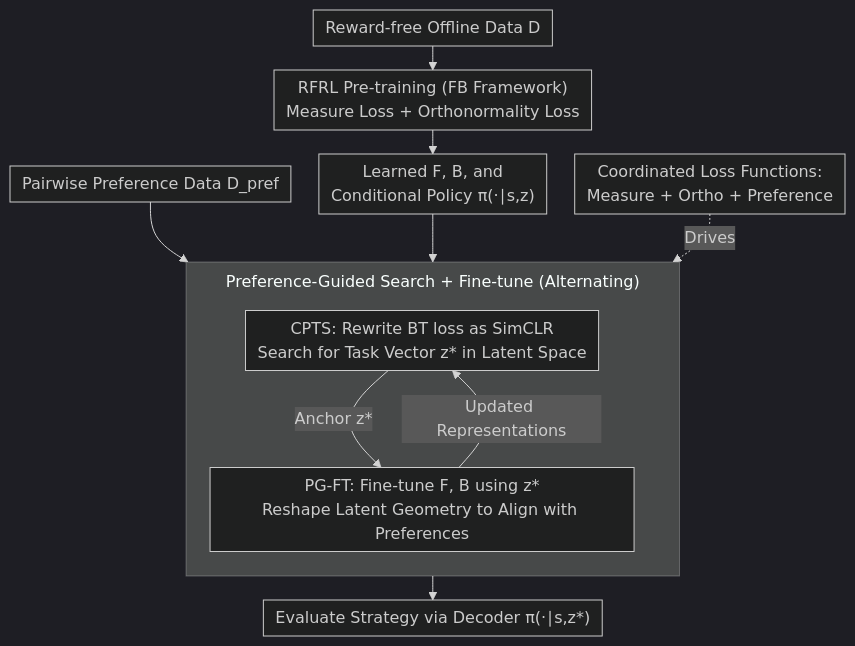
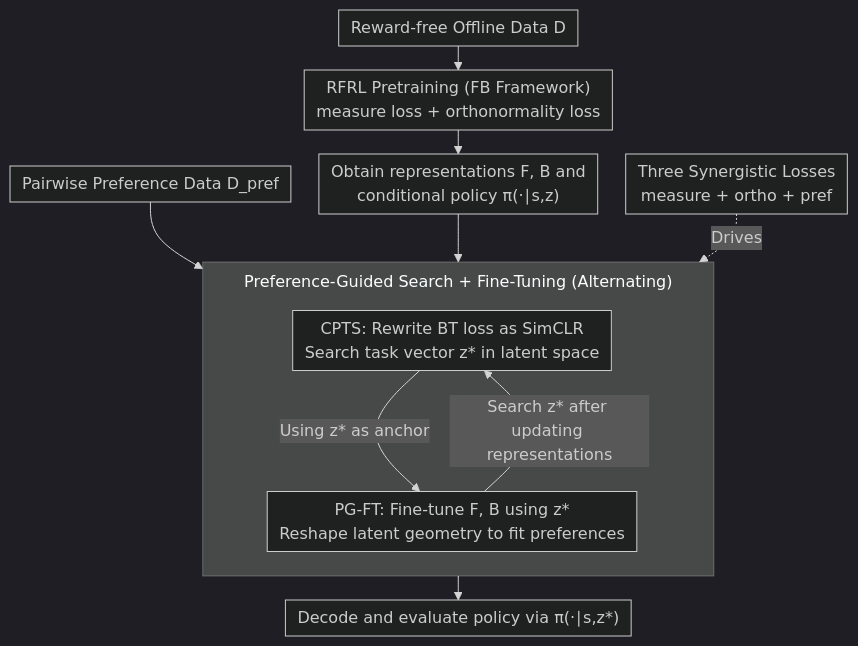
Before and after one commit to zhaoyang97/Paper-Notes-en: the diagram in docs/ICML2026/reinforcement_learning/from_reward-free_representations_to_preferences_rethinking_offline_preference-ba.md, drawn with Mermaid (dark theme). The commit also changed other lines of this file and 5084 other files, not shown here.

````diff
--- a/docs/ICML2026/reinforcement_learning/from_reward-free_representations_to_preferences_rethinking_offline_preference-ba.md
+++ b/docs/ICML2026/reinforcement_learning/from_reward-free_representations_to_preferences_rethinking_offline_preference-ba.md
@@ -48,16 +48,16 @@
 ```mermaid
 %%{init: {'flowchart': {'rankSpacing': 24, 'nodeSpacing': 28, 'padding': 6, 'wrappingWidth': 400, 'subGraphTitleMargin': {'top': 8, 'bottom': 16}}}}%%
 flowchart TD
-    D["Reward-free Offline Data D"] --> P["RFRL Pre-training (FB Framework)<br/>Measure Loss + Orthonormality Loss"]
-    P --> FB["Learned F, B, and<br/>Conditional Policy π(·∣s,z)"]
+    D["Reward-free Offline Data D"] --> P["RFRL Pretraining (FB Framework)<br/>measure loss + orthonormality loss"]
+    P --> FB["Obtain representations F, B and<br/>conditional policy π(·∣s,z)"]
     PREF["Pairwise Preference Data D_pref"] --> S2
     FB --> S2
-    subgraph S2["Preference-Guided Search + Fine-tune (Alternating)"]
+    subgraph S2["Preference-Guided Search + Fine-Tuning (Alternating)"]
         direction TB
-        C["CPTS: Rewrite BT loss as SimCLR<br/>Search for Task Vector z* in Latent Space"]
-        C -->|"Anchor z*"| FT["PG-FT: Fine-tune F, B using z*<br/>Reshape Latent Geometry to Align with Preferences"]
-        FT -->|"Updated Representations"| C
+        C["CPTS: Rewrite BT loss as SimCLR<br/>Search task vector z* in latent space"]
+        C -->|"Using z* as anchor"| FT["PG-FT: Fine-tune F, B using z*<br/>Reshape latent geometry to fit preferences"]
+        FT -->|"Search z* after updating representations"| C
     end
-    OBJ["Coordinated Loss Functions:<br/>Measure + Ortho + Preference"] -.Drives.-> S2
-    S2 --> OUT["Evaluate Strategy via Decoder π(·∣s,z*)"]
+    OBJ["Three Synergistic Losses<br/>measure + ortho + pref"] -.Drives.-> S2
+    S2 --> OUT["Decode and evaluate policy via π(·∣s,z*)"]
 ```
````
